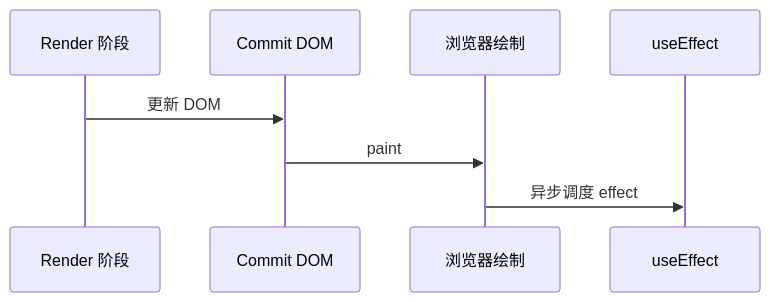
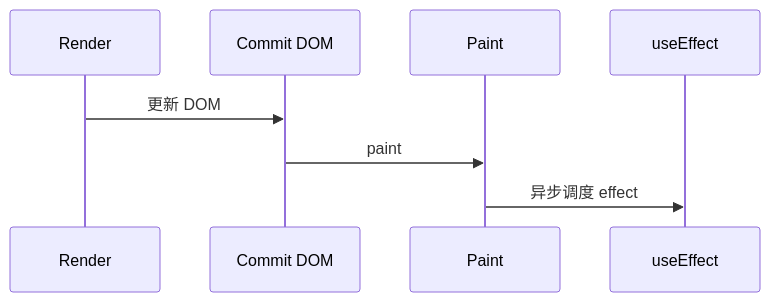
Before and after one commit to YancyZ/Knowledge-base: the diagram in 前端框架篇/React/05-Hooks体系/02-useEffect与useLayoutEffect.md, drawn with Mermaid. The commit also changed other lines of this file and 224 other files, not shown here.

````diff
--- a/前端框架篇/React/05-Hooks体系/02-useEffect与useLayoutEffect.md
+++ b/前端框架篇/React/05-Hooks体系/02-useEffect与useLayoutEffect.md
@@ -32,11 +27,11 @@
 ```mermaid
 sequenceDiagram
-  participant R as Render 阶段
+  participant R as Render
   participant C as Commit DOM
-  participant P as 浏览器绘制
+  participant P as Paint
   participant E as useEffect
 
   R->>C: 更新 DOM
   C->>P: paint
   P->>E: 异步调度 effect
 ```
````
